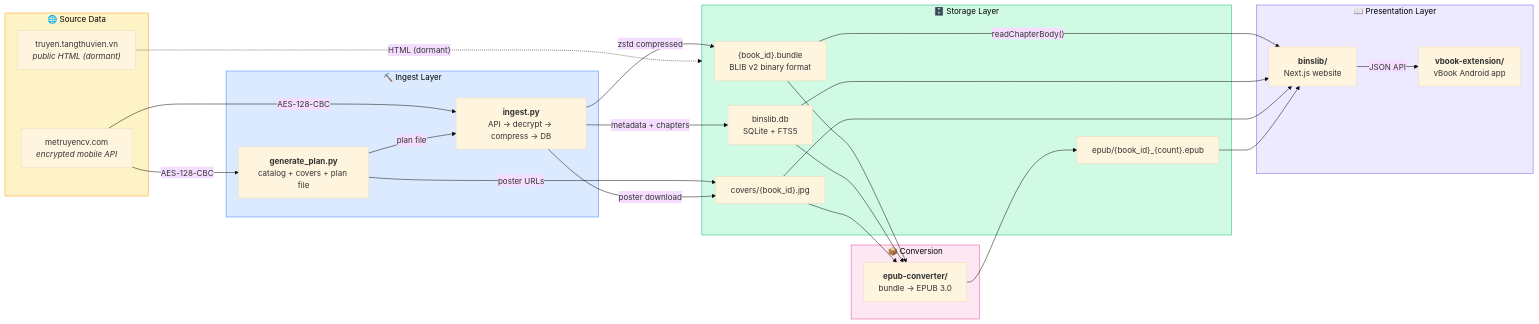
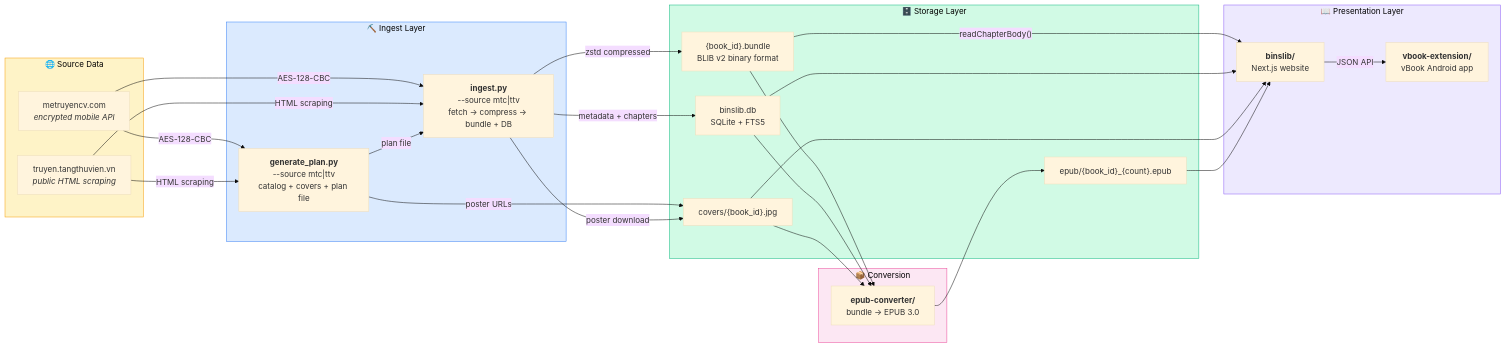
Before and after one commit to quocanh1897/books-crawler: the diagram in README.md, drawn with Mermaid (base theme). The commit also changed other lines of this file and 12 other files, not shown here.

First line of the commit message:
rename: fresh_books_download.json → books_plan_mtc.json, ttv_books_download.json → books_plan_ttv.json

````diff
--- a/README.md
+++ b/README.md
@@ -7,55 +7,56 @@
 ```mermaid
 graph LR
     subgraph SOURCE["🌐 Source Data"]
         MTC_SRC["metruyencv.com<br/><i>encrypted mobile API</i>"]
-        TTV_SRC["truyen.tangthuvien.vn<br/><i>public HTML (dormant)</i>"]
+        TTV_SRC["truyen.tangthuvien.vn<br/><i>public HTML scraping</i>"]
     end
 
     subgraph INGEST["⛏️ Ingest Layer"]
-        GP["<b>generate_plan.py</b><br/>catalog + covers + plan file"]
-        BI["<b>ingest.py</b><br/>API → decrypt → compress → DB"]
+        GP["<b>generate_plan.py</b><br/>--source mtc|ttv<br/>catalog + covers + plan file"]
+        BI["<b>ingest.py</b><br/>--source mtc|ttv<br/>fetch → compress → bundle + DB"]
     end
 
     subgraph STORAGE["🗄️ Storage Layer"]
         BUNDLE["{book_id}.bundle<br/>BLIB v2 binary format"]
         DB["binslib.db<br/>SQLite + FTS5"]
         COVERS["covers/{book_id}.jpg"]
         EPUB_CACHE["epub/{book_id}_{count}.epub"]
     end
 
     subgraph CONVERT["📦 Conversion"]
         EPUB["<b>epub-converter/</b><br/>bundle → EPUB 3.0"]
     end
 
     subgraph UI["📖 Presentation Layer"]
         WEB["<b>binslib/</b><br/>Next.js website"]
         EXT["<b>vbook-extension/</b><br/>vBook Android app"]
     end
 
     MTC_SRC -->|"AES-128-CBC"| GP
     MTC_SRC -->|"AES-128-CBC"| BI
-    TTV_SRC -.->|"HTML (dormant)"| STORAGE
+    TTV_SRC -->|"HTML scraping"| GP
+    TTV_SRC -->|"HTML scraping"| BI
 
     GP -->|"plan file"| BI
     GP -->|"poster URLs"| COVERS
     BI -->|"zstd compressed"| BUNDLE
     BI -->|"metadata + chapters"| DB
     BI -->|"poster download"| COVERS
 
     BUNDLE --> EPUB
     DB --> EPUB
     COVERS --> EPUB
     EPUB --> EPUB_CACHE
 
     BUNDLE -->|"readChapterBody()"| WEB
     DB --> WEB
     COVERS --> WEB
     EPUB_CACHE --> WEB
     WEB -->|"JSON API"| EXT
 
     style SOURCE fill:#fef3c7,stroke:#f59e0b,color:#000
     style INGEST fill:#dbeafe,stroke:#3b82f6,color:#000
     style STORAGE fill:#d1fae5,stroke:#10b981,color:#000
     style CONVERT fill:#fce7f3,stroke:#ec4899,color:#000
     style UI fill:#ede9fe,stroke:#8b5cf6,color:#000
 ```
````
